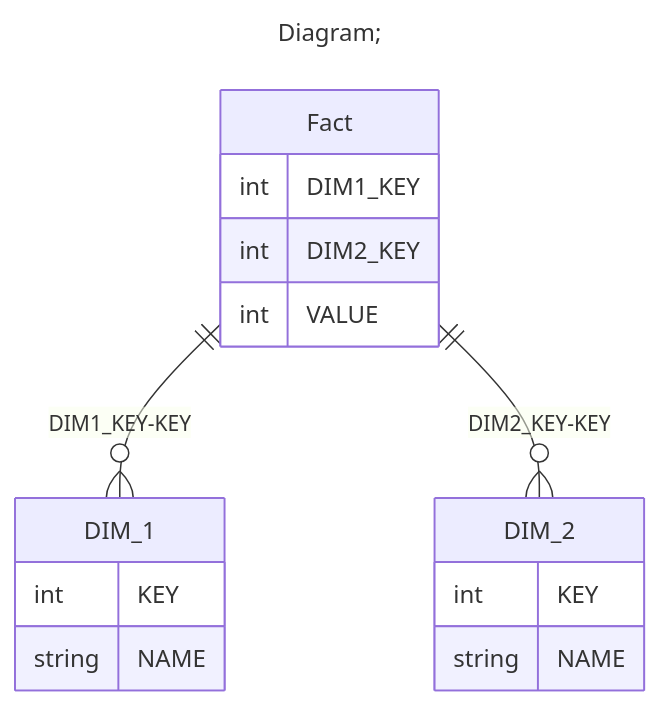
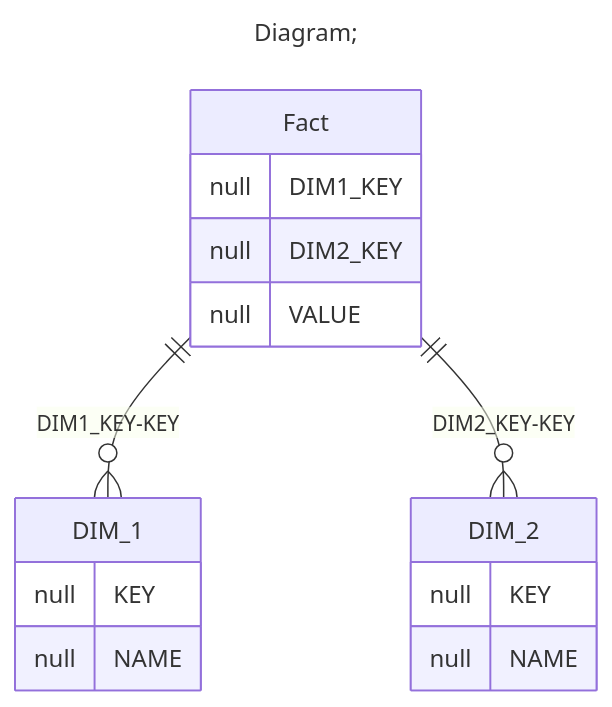
The third of 3 diagrams in demo/server/catalogs/min_Dimension_multiple/README.MD (xmla-services/workground), drawn with Mermaid before and after one commit. The commit also changed other lines of this file and 39 other files, not shown here.

````diff
--- a/demo/server/catalogs/min_Dimension_multiple/README.MD
+++ b/demo/server/catalogs/min_Dimension_multiple/README.MD
@@ -114,22 +114,22 @@
 ```mermaid
 ---
 title: Diagram;
 ---
 erDiagram
 DIM_1{
-int KEY
-string NAME
+null KEY
+null NAME
 }
 DIM_2{
-int KEY
-string NAME
+null KEY
+null NAME
 }
 Fact{
-int DIM1_KEY
-int DIM2_KEY
-int VALUE
+null DIM1_KEY
+null DIM2_KEY
+null VALUE
 }
 
 "Fact" ||--o{ "DIM_1" : "DIM1_KEY-KEY"
 "Fact" ||--o{ "DIM_2" : "DIM2_KEY-KEY"
 ```
````
